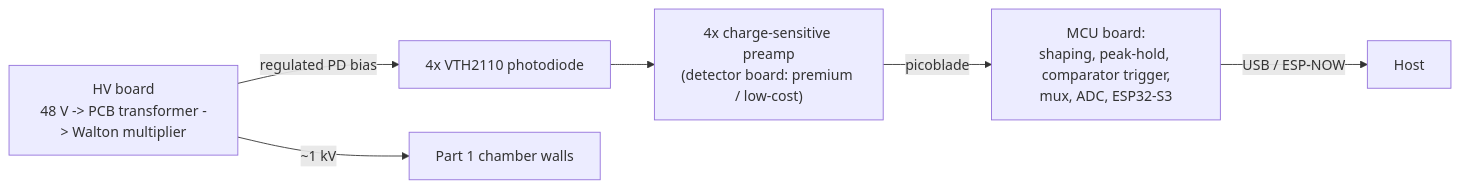
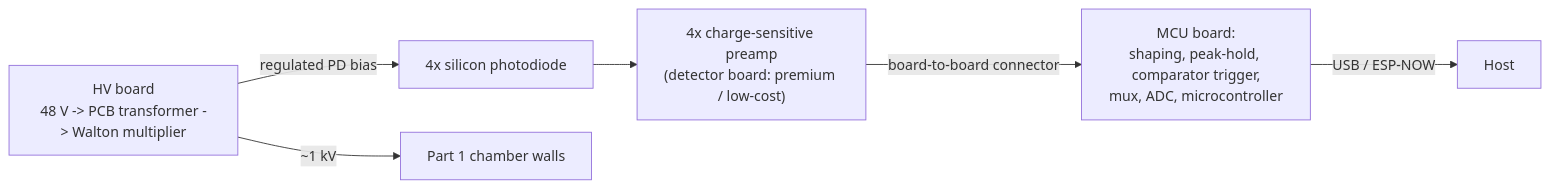
The first of 2 diagrams in docs/01-requirements.md (JohnAllanE/radon-detection-prototype), drawn with Mermaid before and after one commit. The commit also changed other lines of this file and 1 other file, not shown here.

First line of the commit message:
Docs: generic part names in requirements and architecture

````diff
--- a/docs/01-requirements.md
+++ b/docs/01-requirements.md
@@ -18,8 +18,8 @@
 ```mermaid
 flowchart LR
-  PD["4x VTH2110 photodiode"] --> CSA["4x charge-sensitive preamp\n(detector board: premium / low-cost)"]
-  CSA -- picoblade --> MCU["MCU board:\nshaping, peak-hold, comparator trigger,\nmux, ADC, ESP32-S3"]
+  PD["4x silicon photodiode"] --> CSA["4x charge-sensitive preamp\n(detector board: premium / low-cost)"]
+  CSA -- board-to-board connector --> MCU["MCU board:\nshaping, peak-hold, comparator trigger,\nmux, ADC, microcontroller"]
   HV["HV board\n48 V -> PCB transformer -> Walton multiplier"] -- "~1 kV" --> WALLS["Part 1 chamber walls"]
   HV -- "regulated PD bias" --> PD
   MCU -- "USB / ESP-NOW" --> HOST["Host"]
 ```
````
